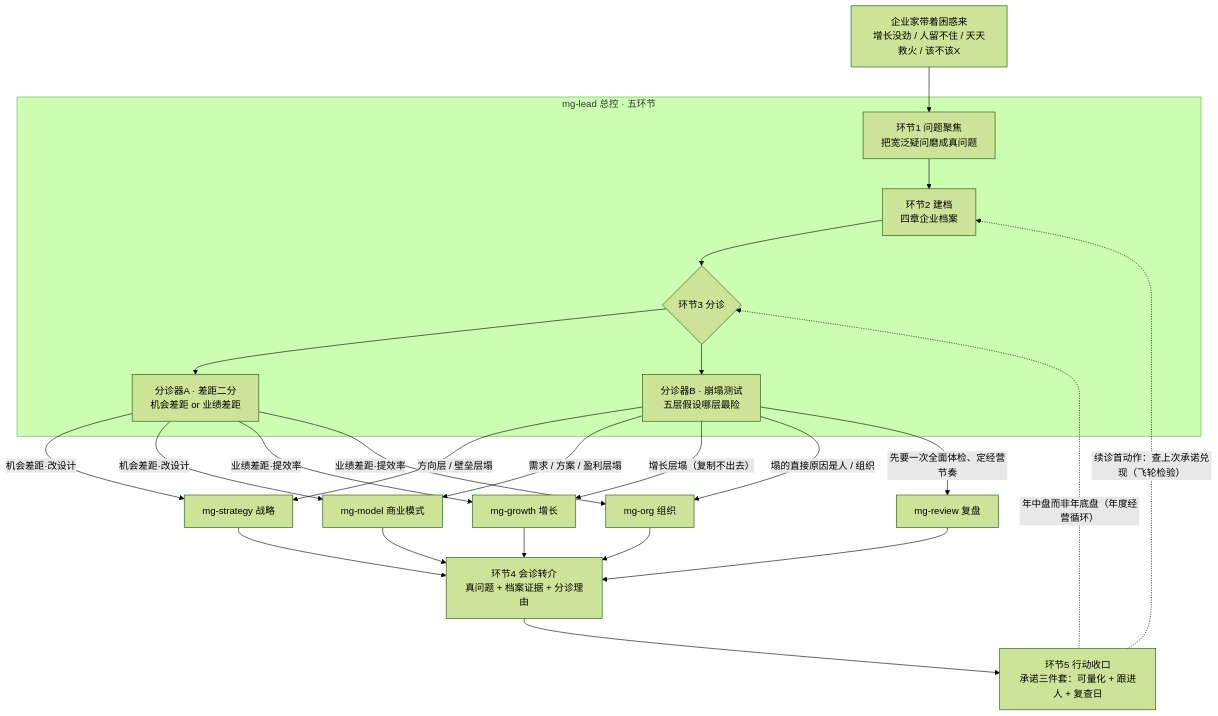
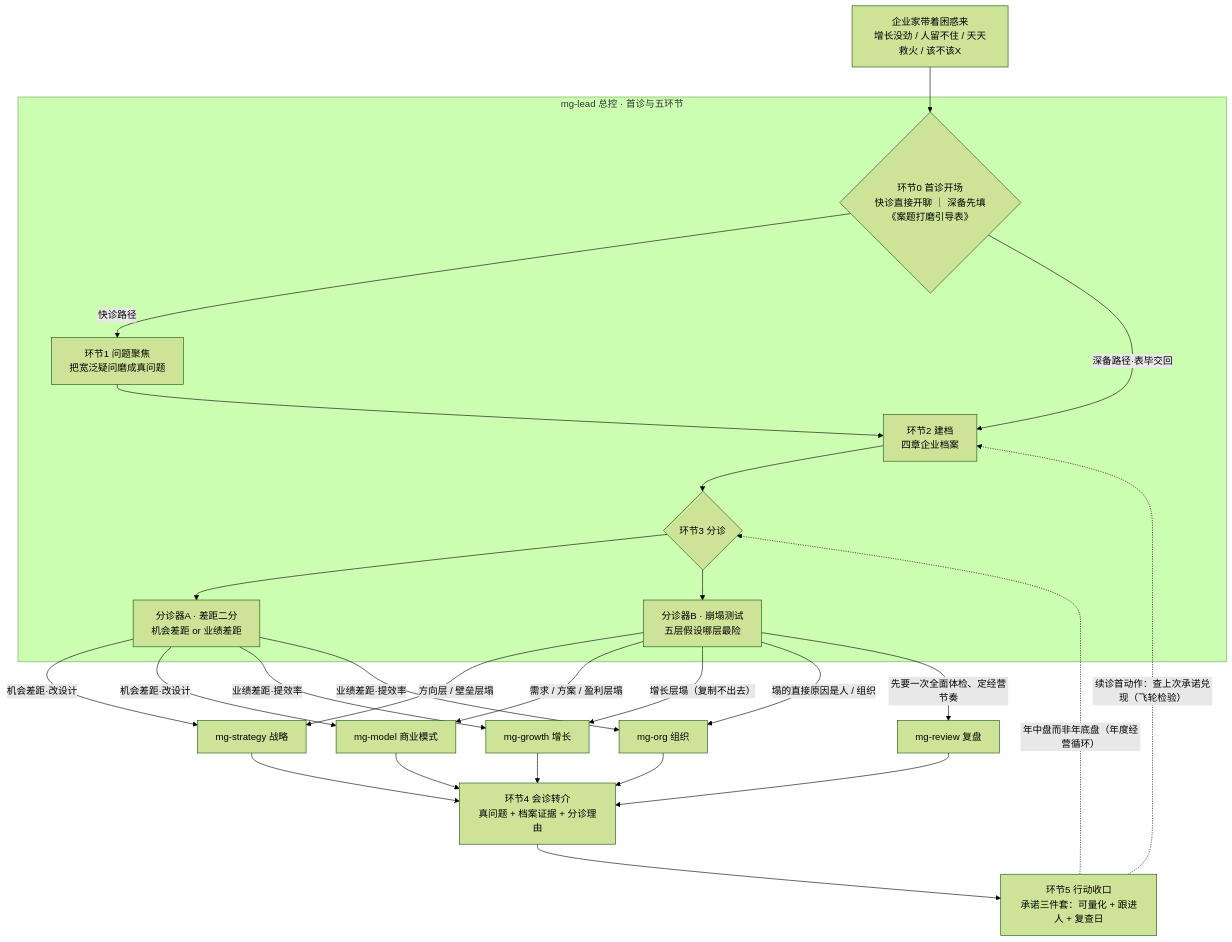
One commit to guoleiycyc-sketch/mg-expert-team-dist changed the first of 2 diagrams in INDEX.md. Above: the diagram before and after it, drawn with Mermaid (forest theme). The commit also changed other lines of this file and 2 other files, not shown here.

Commit message:
仓库整理：INDEX.md 更新到 v1.2.0（分诊图补环节0双路径、方式一提引导表、资产表加 intake-form）；marketplace.json plugins[].version 补改 1.2.0；INSTALL license 措辞清理

````diff
--- a/INDEX.md
+++ b/INDEX.md
@@ -23,26 +23,29 @@
 ```mermaid
 flowchart TD
-    A0["企业家带着困惑来<br/>增长没劲 / 人留不住 / 天天救火 / 该不该X"] --> E1
+    A0["企业家带着困惑来<br/>增长没劲 / 人留不住 / 天天救火 / 该不该X"] --> E0
 
-    subgraph LEAD["mg-lead 总控 · 五环节"]
-        E1["环节1 问题聚焦<br/>把宽泛疑问磨成真问题"] --> E2["环节2 建档<br/>四章企业档案"]
+    subgraph LEAD["mg-lead 总控 · 首诊与五环节"]
+        E0{"环节0 首诊开场<br/>快诊直接开聊 ｜ 深备先填《案题打磨引导表》"}
+        E0 -->|"快诊路径"| E1["环节1 问题聚焦<br/>把宽泛疑问磨成真问题"]
+        E0 -->|"深备路径·表毕交回"| E2["环节2 建档<br/>四章企业档案"]
+        E1 --> E2
         E2 --> E3{"环节3 分诊"}
         E3 --> DA["分诊器A · 差距二分<br/>机会差距 or 业绩差距"]
         E3 --> DB["分诊器B · 崩塌测试<br/>五层假设哪层最险"]
     end
 
     DA -->|"机会差距·改设计"| ST["mg-strategy 战略"]
     DA -->|"机会差距·改设计"| MO["mg-model 商业模式"]
     DA -->|"业绩差距·提效率"| GR["mg-growth 增长"]
     DA -->|"业绩差距·提效率"| OR["mg-org 组织"]
     DB -->|"方向层 / 壁垒层塌"| ST
     DB -->|"需求 / 方案 / 盈利层塌"| MO
     DB -->|"增长层塌（复制不出去）"| GR
     DB -->|"塌的直接原因是人 / 组织"| OR
     DB -->|"先要一次全面体检、定经营节奏"| RV["mg-review 复盘"]
 
     ST & MO & GR & OR & RV --> E4["环节4 会诊转介<br/>真问题 + 档案证据 + 分诊理由"]
     E4 --> E5["环节5 行动收口<br/>承诺三件套：可量化 + 跟进人 + 复查日"]
     E5 -.->|"续诊首动作：查上次承诺兑现（飞轮检验）"| E2
     E5 -.->|"年中盘而非年底盘（年度经营循环）"| E3
 ```
````
